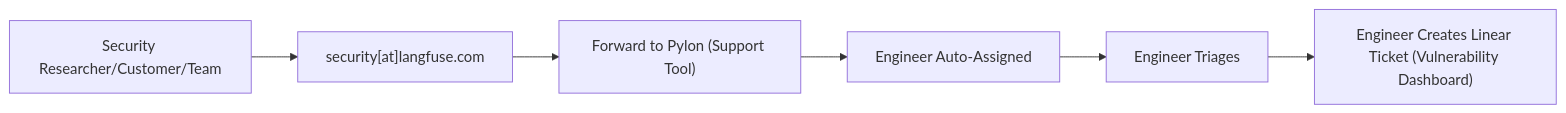
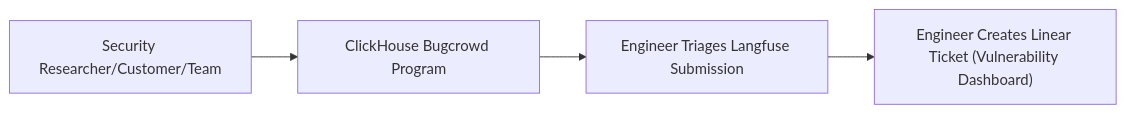
The first of 2 diagrams in content/handbook/product-engineering/playbooks/vulnerability-handling.mdx (langfuse/langfuse-docs), drawn with Mermaid before and after one commit. The commit also changed other lines of this file and 1 other file, not shown here.

Commit message:
codex: address PR review feedback (#3297)

````diff
--- a/content/handbook/product-engineering/playbooks/vulnerability-handling.mdx
+++ b/content/handbook/product-engineering/playbooks/vulnerability-handling.mdx
@@ -14,8 +14,6 @@
 ```mermaid
 flowchart LR
-    Reporter["Security Researcher/Customer/Team"] --> Email["security[at]langfuse.com"]
-    Email --> Forward["Forward to Pylon (Support Tool)"]
-    Forward --> AutoAssign["Engineer Auto-Assigned"]
-    AutoAssign --> Triage["Engineer Triages"]
+    Reporter["Security Researcher/Customer/Team"] --> Bugcrowd["ClickHouse Bugcrowd Program"]
+    Bugcrowd --> Triage["Engineer Triages Langfuse Submission"]
     Triage --> Linear["Engineer Creates Linear Ticket (Vulnerability Dashboard)"]
 ```
````
